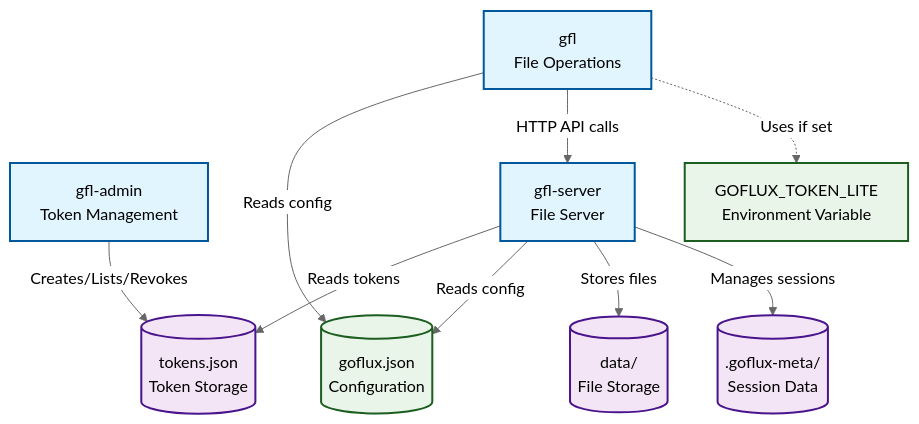
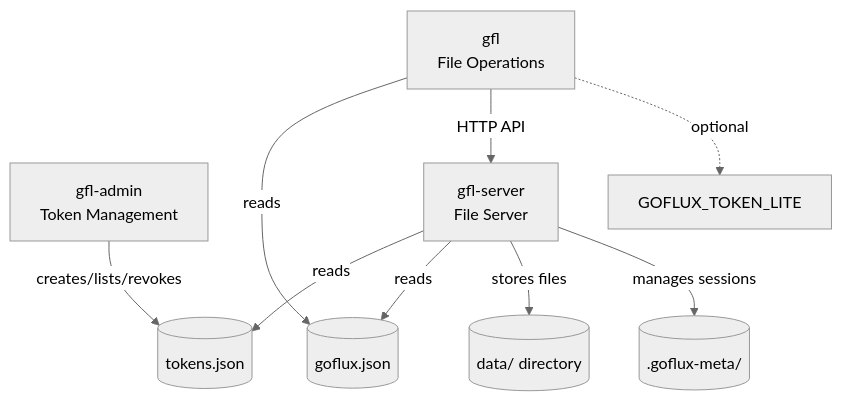
Before and after one commit to 0xRepo-Source/goflux-lite: the first of 7 diagrams in docs/architecture.md, drawn with Mermaid (neutral theme). The commit also changed other lines of this file, not shown here.

First line of the commit message:
Refactor architecture diagrams for clarity and consistency

````diff
--- a/docs/architecture.md
+++ b/docs/architecture.md
@@ -7,34 +7,20 @@
 ```mermaid
-graph TD
-    Admin["gfl-admin<br/>Token Management"]
-    Server["gfl-server<br/>File Server"]
-    Client["gfl<br/>File Operations"]
-    TokenFile[("tokens.json<br/>Token Storage")]
-    ConfigFile[("goflux.json<br/>Configuration")]
-    Storage[("data/<br/>File Storage")]
-    MetaDir[(".goflux-meta/<br/>Session Data")]
-    EnvVar["GOFLUX_TOKEN_LITE<br/>Environment Variable"]
+flowchart TD
+    Admin[gfl-admin<br/>Token Management]
+    Server[gfl-server<br/>File Server]
+    Client[gfl<br/>File Operations]
+    TokenFile[(tokens.json)]
+    ConfigFile[(goflux.json)]
+    Storage[(data/ directory)]
+    MetaDir[(.goflux-meta/)]
+    EnvVar[GOFLUX_TOKEN_LITE]
     
-    %% Admin interactions
-    Admin -->|Creates/Lists/Revokes| TokenFile
-    
-    %% Server interactions
-    Server -->|Reads tokens| TokenFile
-    Server -->|Reads config| ConfigFile
-    Server -->|Stores files| Storage
-    Server -->|Manages sessions| MetaDir
-    
-    %% Client interactions
-    Client -->|Reads config| ConfigFile
-    Client -->|HTTP API calls| Server
-    Client -.->|Uses if set| EnvVar
-    
-    %% Styling
-    classDef executable fill:#e1f5fe,stroke:#01579b,stroke-width:2px
-    classDef storage fill:#f3e5f5,stroke:#4a148c,stroke-width:2px
-    classDef config fill:#e8f5e8,stroke:#1b5e20,stroke-width:2px
-    
-    class Admin,Server,Client executable
-    class TokenFile,Storage,MetaDir storage
-    class ConfigFile,EnvVar config
+    Admin -->|creates/lists/revokes| TokenFile
+    Server -->|reads| TokenFile
+    Server -->|reads| ConfigFile
+    Server -->|stores files| Storage
+    Server -->|manages sessions| MetaDir
+    Client -->|reads| ConfigFile
+    Client -->|HTTP API| Server
+    Client -.->|optional| EnvVar
 ```
````
